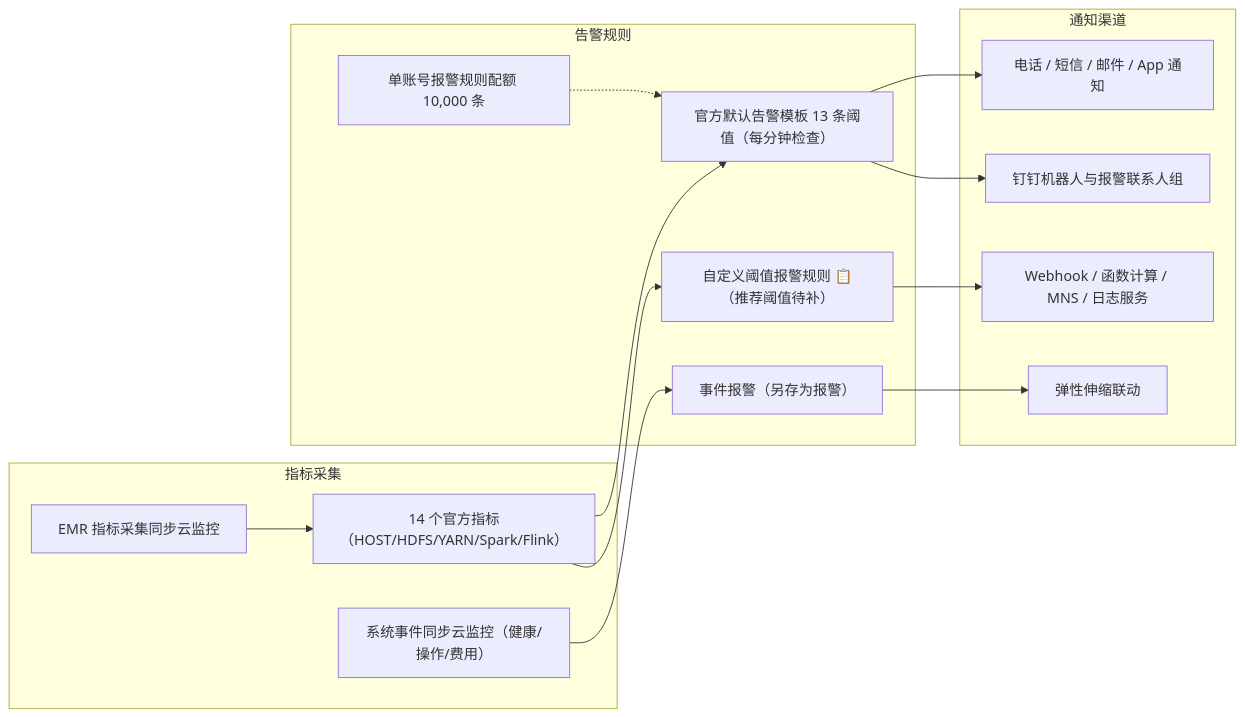
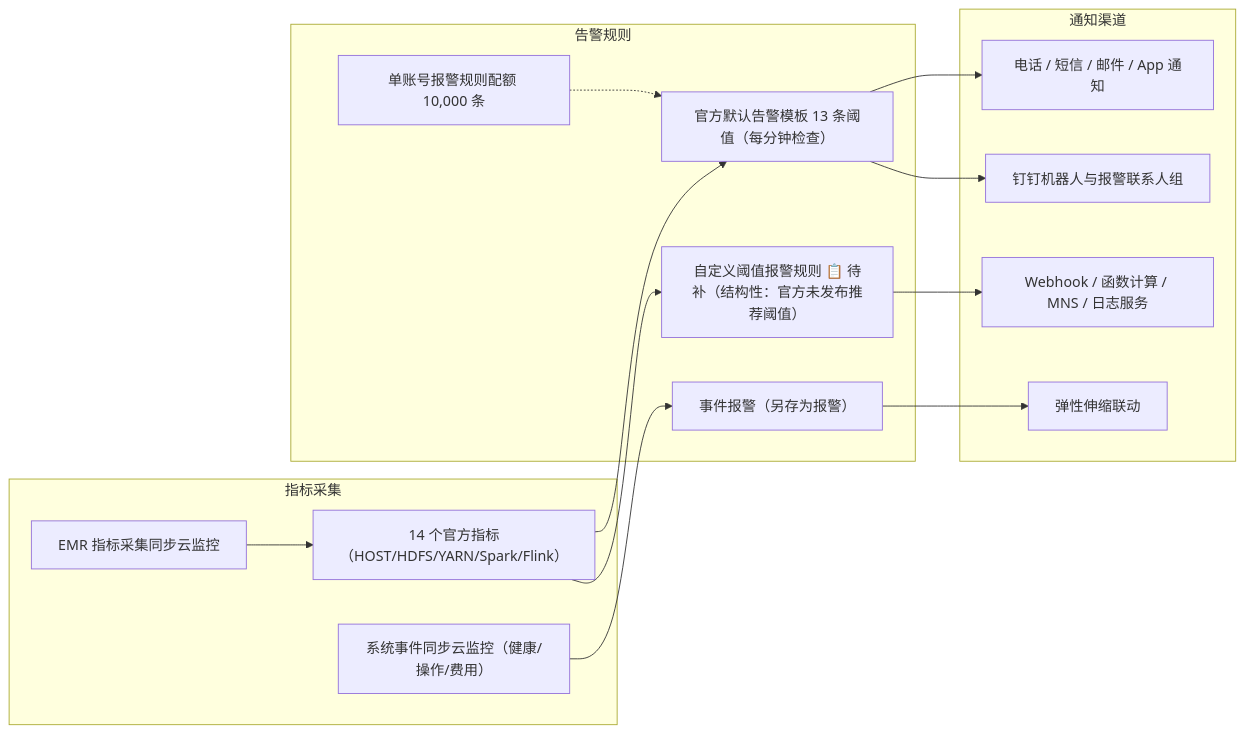
One commit to kudig-io/checky changed the diagram in products/emr/09-监控与告警.md. Above: the diagram before and after it, drawn with Mermaid. The commit also changed other lines of this file and 103 other files, not shown here.

````diff
--- a/products/emr/09-监控与告警.md
+++ b/products/emr/09-监控与告警.md
@@ -7,29 +7,29 @@
 ```mermaid
 flowchart LR
   subgraph S1["指标采集"]
     A1["EMR 指标采集同步云监控"]
     A2["14 个官方指标（HOST/HDFS/YARN/Spark/Flink）"]
     A3["系统事件同步云监控（健康/操作/费用）"]
   end
   subgraph S2["告警规则"]
     B1["官方默认告警模板 13 条阈值（每分钟检查）"]
-    B2["自定义阈值报警规则 📋（推荐阈值待补）"]
+    B2["自定义阈值报警规则 📋 待补（结构性：官方未发布推荐阈值）"]
     B3["事件报警（另存为报警）"]
     B4["单账号报警规则配额 10,000 条"]
   end
   subgraph S3["通知渠道"]
     C1["电话 / 短信 / 邮件 / App 通知"]
     C2["钉钉机器人与报警联系人组"]
     C3["Webhook / 函数计算 / MNS / 日志服务"]
     C4["弹性伸缩联动"]
   end
   A1 --> A2
   A2 --> B1
   A2 --> B2
   A3 --> B3
   B4 -.-> B1
   B1 --> C1
   B1 --> C2
   B2 --> C3
   B3 --> C4
 ```
````
